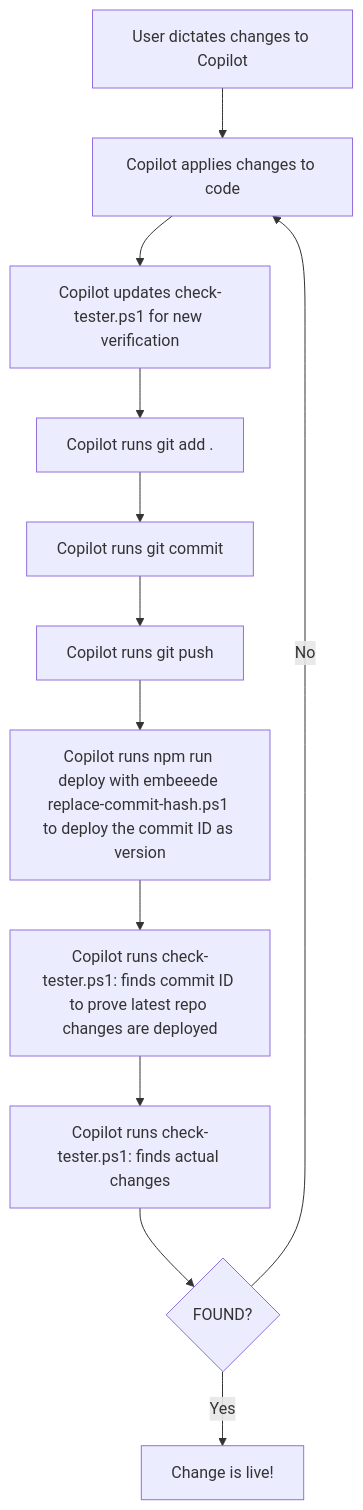
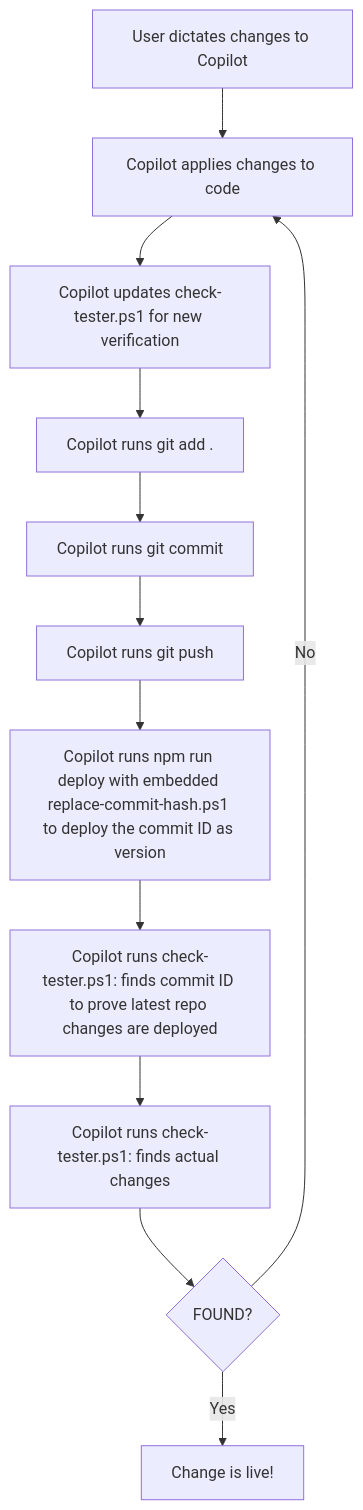
Before and after one commit to shapez0r/agentai_repo: the second of 2 diagrams in README.md, drawn with Mermaid.

Commit message:
Update all workspace files to latest state

````diff
--- a/README.md
+++ b/README.md
@@ -69,14 +69,14 @@
 ```mermaid
 flowchart TD
     A[User dictates changes to Copilot] --> B[Copilot applies changes to code]
     B --> C[Copilot updates check-tester.ps1 for new verification]
     C --> D[Copilot runs git add .]
     D --> E[Copilot runs git commit]
     E --> F[Copilot runs git push]
-    F --> G[Copilot runs npm run deploy with embeeede replace-commit-hash.ps1 to deploy the commit ID as version]
+    F --> G[Copilot runs npm run deploy with embedded replace-commit-hash.ps1 to deploy the commit ID as version]
     G --> H[Copilot runs check-tester.ps1: finds commit ID to prove latest repo changes are deployed]
     H --> I[Copilot runs check-tester.ps1: finds actual changes]
     I --> J{FOUND?}
     J -- Yes --> K[Change is live!]
     J -- No --> B
 ```
````
